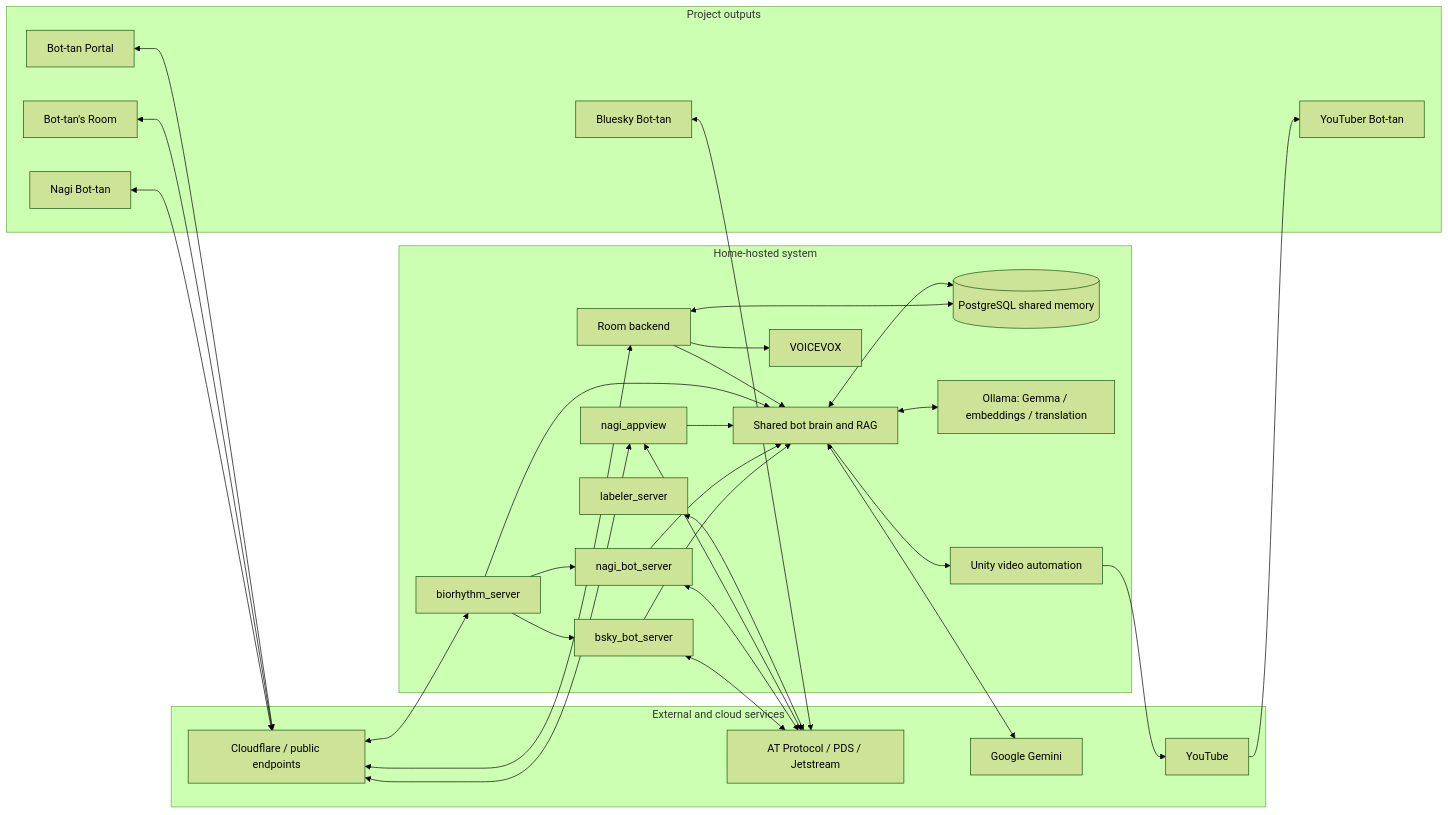
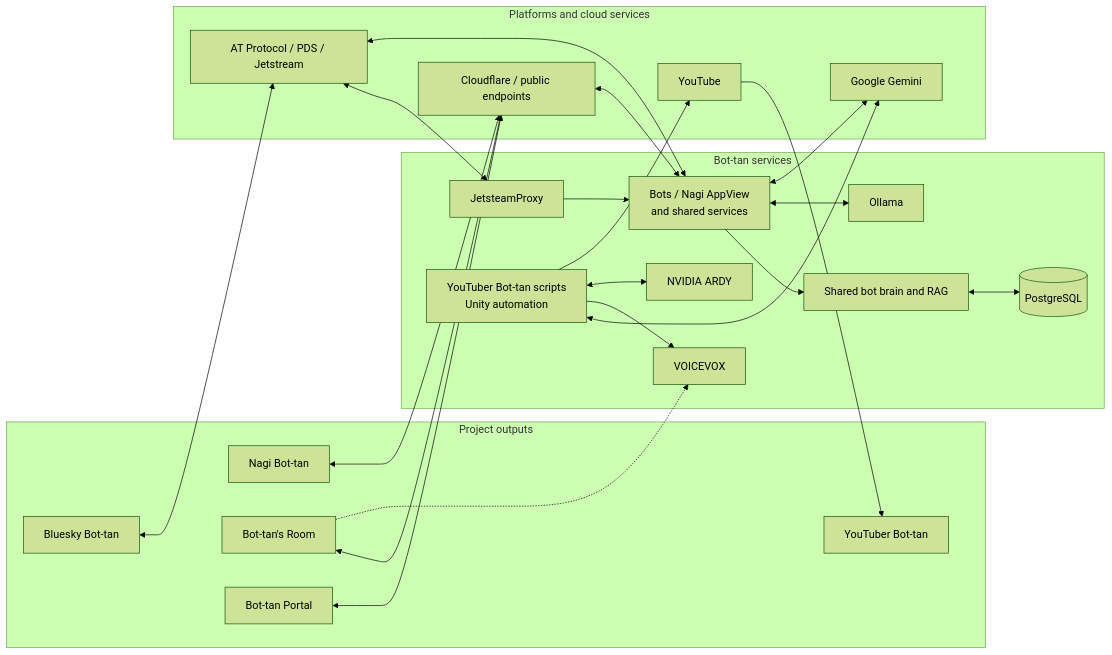
One commit to suibari/bsky-affirmative-bot changed the second of 2 diagrams in README.md. Above: the diagram before and after it, drawn with Mermaid (forest theme). The commit also changed other lines of this file and 1 other file, not shown here.

Commit message:
図を分割、HWスペック記載、すいばりロゴにリンク

````diff
--- a/README.md
+++ b/README.md
@@ -112,58 +169,47 @@
 ```mermaid
 flowchart LR
   subgraph outputs[Project outputs]
     bluesky[Bluesky Bot-tan]
     nagi[Nagi Bot-tan]
     youtube[YouTuber Bot-tan]
     room[Bot-tan's Room]
     portal[Bot-tan Portal]
   end
 
-  subgraph home[Home-hosted system]
-    bskyServer[bsky_bot_server]
-    nagiServer[nagi_bot_server]
-    appview[nagi_appview]
-    biorhythm[biorhythm_server]
-    labeler[labeler_server]
-    roomServer[Room backend]
+  subgraph services[Bot-tan services]
+    jetsteamProxy[JetsteamProxy]
+    repoApps["Bots / Nagi AppView<br/>and shared services"]
     brain[Shared bot brain and RAG]
-    memory[(PostgreSQL shared memory)]
-    ollama[Ollama: Gemma / embeddings / translation]
+    memory[(PostgreSQL)]
+    ollama[Ollama]
+    youtubeScripts["YouTuber Bot-tan scripts<br/>Unity automation"]
     voicevox[VOICEVOX]
-    unity[Unity video automation]
+    ardy[NVIDIA ARDY]
   end
 
-  subgraph cloud[External and cloud services]
+  subgraph cloud[Platforms and cloud services]
     atproto[AT Protocol / PDS / Jetstream]
     gemini[Google Gemini]
     youtubeApi[YouTube]
     cloudflare[Cloudflare / public endpoints]
   end
 
   bluesky <--> atproto
   nagi <--> cloudflare
   room <--> cloudflare
   portal <--> cloudflare
-  bskyServer <--> atproto
-  nagiServer <--> atproto
-  appview <--> atproto
-  labeler <--> atproto
-  cloudflare <--> appview
-  cloudflare <--> biorhythm
-  cloudflare <--> roomServer
-  biorhythm --> bskyServer
-  biorhythm --> nagiServer
-  bskyServer --> brain
-  nagiServer --> brain
-  appview --> brain
-  biorhythm --> brain
-  roomServer --> brain
-  roomServer <--> memory
-  roomServer --> voicevox
+  atproto <--> jetsteamProxy
+  jetsteamProxy --> repoApps
+  repoApps <--> atproto
+  cloudflare <--> repoApps
+  repoApps --> brain
   brain <--> memory
-  brain <--> ollama
-  brain <--> gemini
-  brain --> unity
-  unity --> youtubeApi
+  repoApps <--> ollama
+  repoApps <--> gemini
+  room -.-> voicevox
+  youtubeScripts <--> gemini
+  youtubeScripts --> voicevox
+  youtubeScripts <--> ardy
+  youtubeScripts --> youtubeApi
   youtubeApi --> youtube
 ```
````
